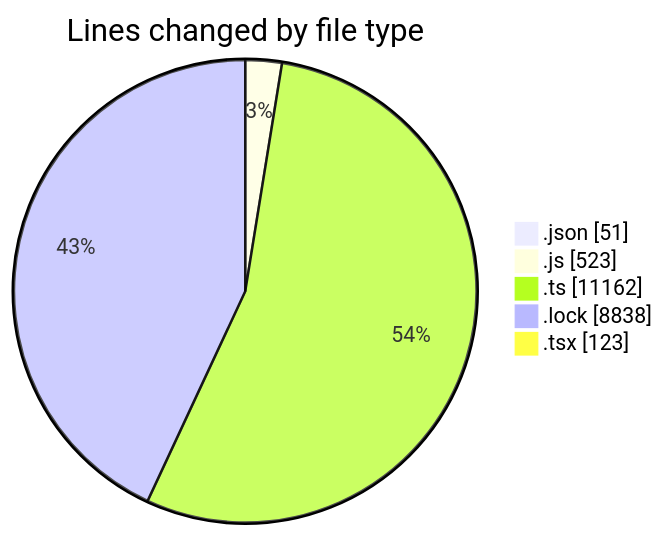
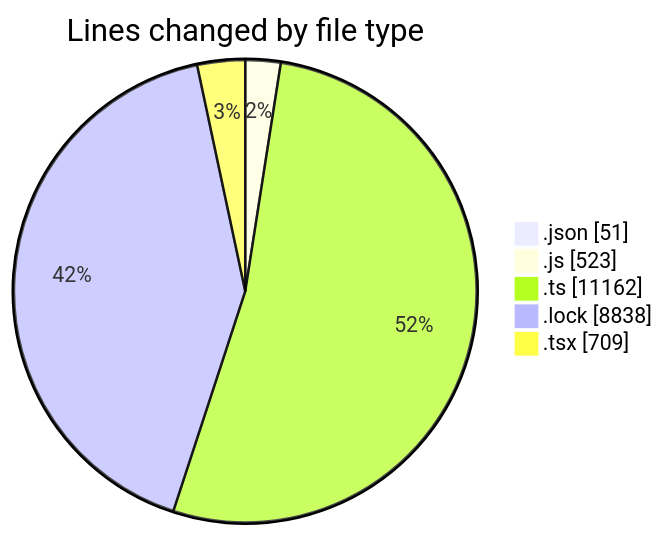
One commit to momahboobian/code-tracking changed the first of 2 diagrams in 2025-10-08/cda/README.md. Above: the diagram before and after it, drawn with Mermaid. The commit also changed other lines of this file and 1 other file, not shown here.

````diff
--- a/2025-10-08/cda/README.md
+++ b/2025-10-08/cda/README.md
@@ -32,9 +33,9 @@
 ```mermaid
 pie showData
 title Lines changed by file type
 ".json" : 51
 ".js" : 523
 ".ts" : 11162
 ".lock" : 8838
-".tsx" : 123
+".tsx" : 709
 ```
````
